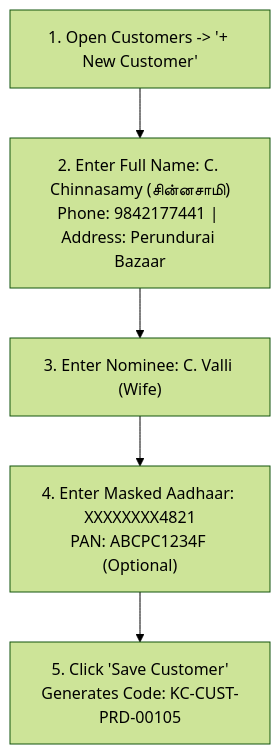
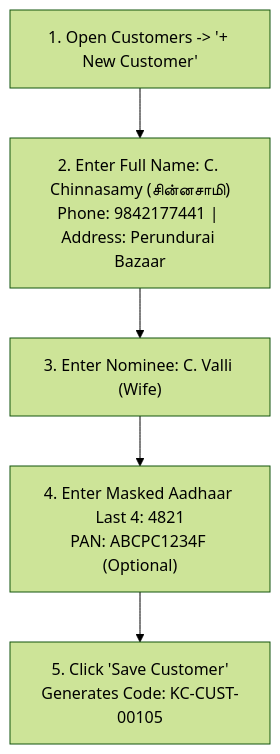
Before and after one commit to Kathir-24/Kumaran-finance: the third of 4 diagrams in docs/02-requirements/educational-guides/persona-5-branch-manager.md, drawn with Mermaid (forest theme). The commit also changed other lines of this file and 4 other files, not shown here.

````diff
--- a/docs/02-requirements/educational-guides/persona-5-branch-manager.md
+++ b/docs/02-requirements/educational-guides/persona-5-branch-manager.md
@@ -160,7 +161,7 @@
 ```mermaid
 flowchart TD
     S1["1. Open Customers -> '+ New Customer'"] --> S2["2. Enter Full Name: C. Chinnasamy (சின்னசாமி)\nPhone: 9842177441 | Address: Perundurai Bazaar"]
     S2 --> S3["3. Enter Nominee: C. Valli (Wife)"]
-    S3 --> S4["4. Enter Masked Aadhaar: XXXXXXXX4821\nPAN: ABCPC1234F (Optional)"]
-    S4 --> S5["5. Click 'Save Customer'\nGenerates Code: KC-CUST-PRD-00105"]
+    S3 --> S4["4. Enter Masked Aadhaar Last 4: 4821\nPAN: ABCPC1234F (Optional)"]
+    S4 --> S5["5. Click 'Save Customer'\nGenerates Code: KC-CUST-00105"]
 ```
````
